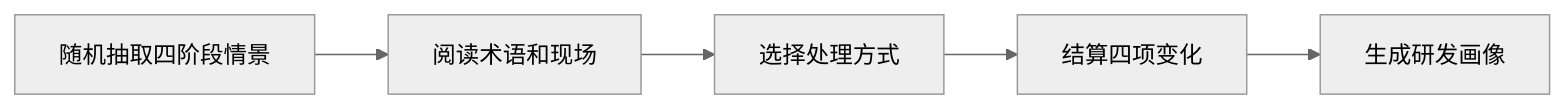
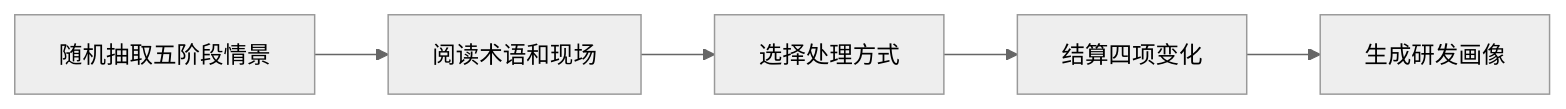
One commit to shihg7/wechat_mini_program changed the seventh of 8 diagrams in docs/USER_GUIDE.md. Above: the diagram before and after it, drawn with Mermaid (neutral theme). The commit also changed other lines of this file and 13 other files, not shown here.

````diff
--- a/docs/USER_GUIDE.md
+++ b/docs/USER_GUIDE.md
@@ -606,12 +608,12 @@
 ```mermaid
 flowchart LR
-    A["随机抽取四阶段情景"]
+    A["随机抽取五阶段情景"]
     B["阅读术语和现场"]
     C["选择处理方式"]
     D["结算四项变化"]
     E["生成研发画像"]
     A --> B
     B --> C
     C --> D
     D --> E
 ```
````
